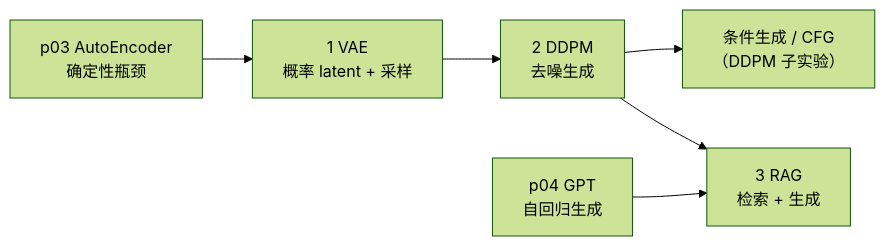
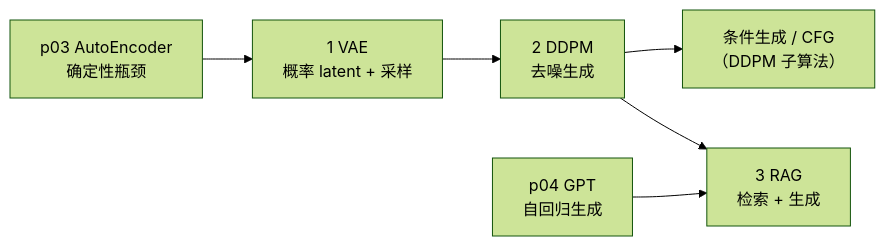
Before and after one commit to Mosslau/Mosaic: the diagram in algorithms/p05-generative/README.md, drawn with Mermaid (forest theme). The commit also changed other lines of this file and 144 other files, not shown here.

````diff
--- a/algorithms/p05-generative/README.md
+++ b/algorithms/p05-generative/README.md
@@ -46,8 +46,8 @@
 ```mermaid
 flowchart LR
     AE["p03 AutoEncoder<br/>确定性瓶颈"] --> V["1 VAE<br/>概率 latent + 采样"]
     V --> D["2 DDPM<br/>去噪生成"]
-    D --> C["条件生成 / CFG<br/>（DDPM 子实验）"]
+    D --> C["条件生成 / CFG<br/>（DDPM 子算法）"]
     G["p04 GPT<br/>自回归生成"] --> R["3 RAG<br/>检索 + 生成"]
     D --> R
 ```
````
